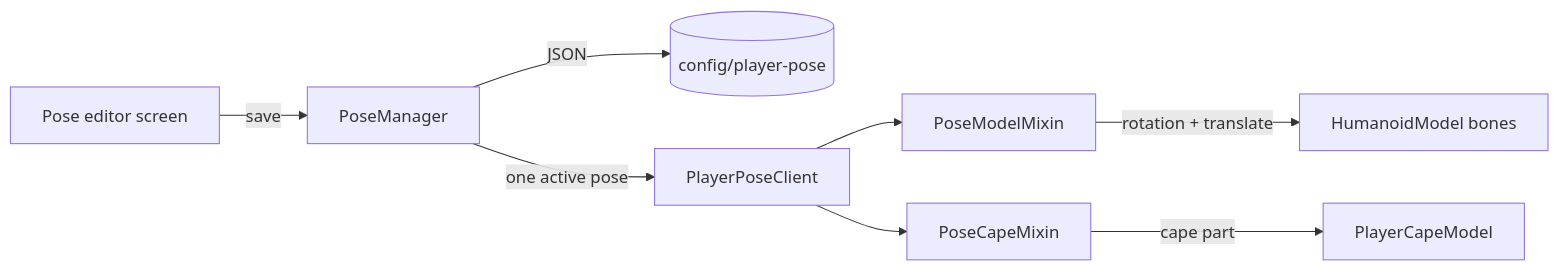
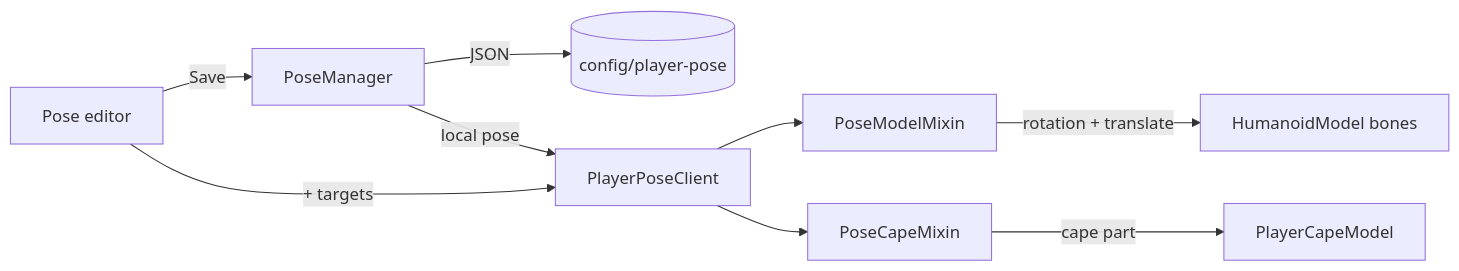
Before and after one commit to BEGINWITHF/Cheese: the diagram in README.md, drawn with Mermaid. The commit also changed other lines of this file and 2 other files, not shown here.

````diff
--- a/README.md
+++ b/README.md
@@ -159,10 +196,11 @@
 ```mermaid
 flowchart LR
-    E[Pose editor screen] -->|save| M[PoseManager]
+    E[Pose editor] -->|Save| M[PoseManager]
     M -->|JSON| F[(config/player-pose)]
-    M -->|one active pose| R[PlayerPoseClient]
+    E -->|+ targets| R[PlayerPoseClient]
+    M -->|local pose| R
     R --> A[PoseModelMixin]
     R --> B[PoseCapeMixin]
     A -->|rotation + translate| H[HumanoidModel bones]
     B -->|cape part| C[PlayerCapeModel]
 ```
````
